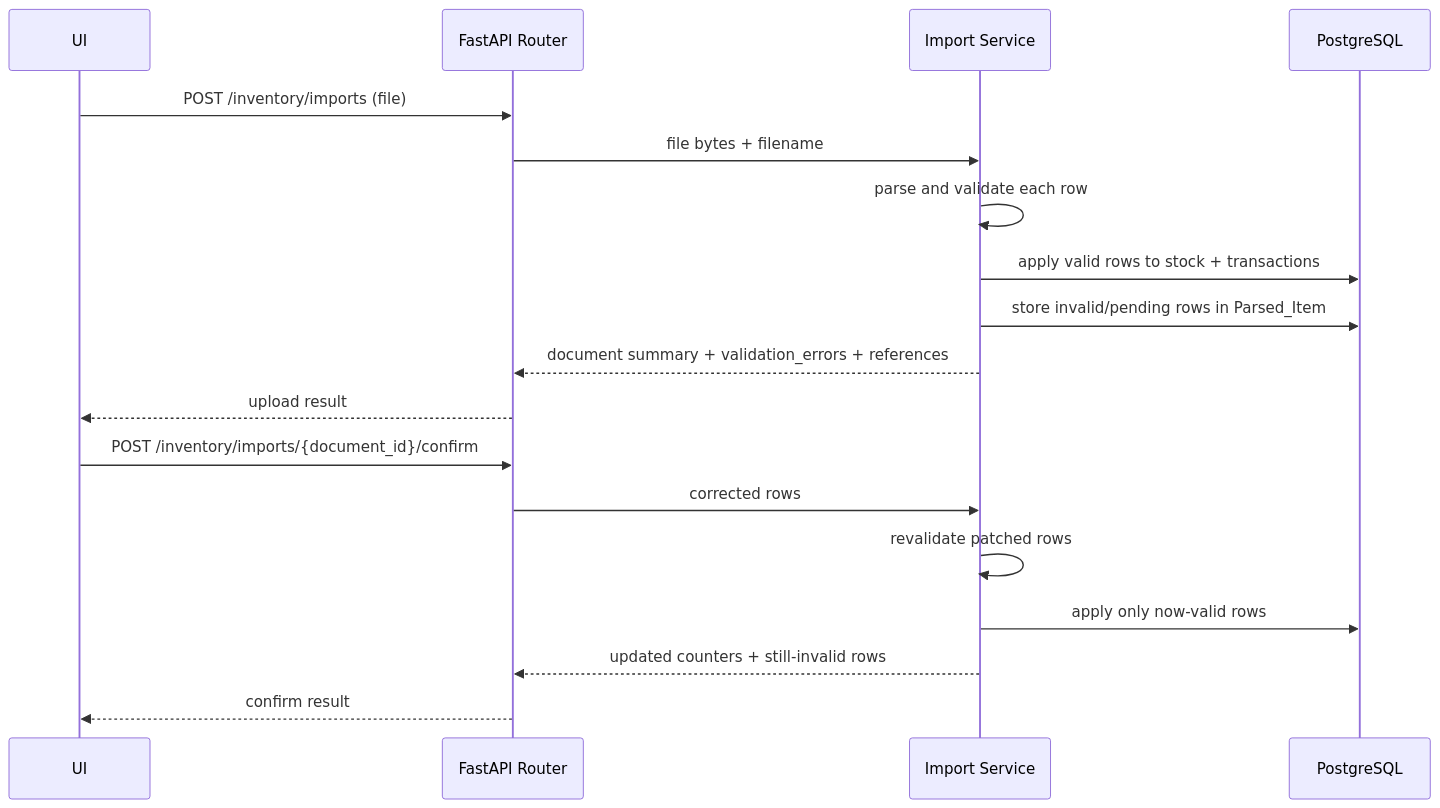
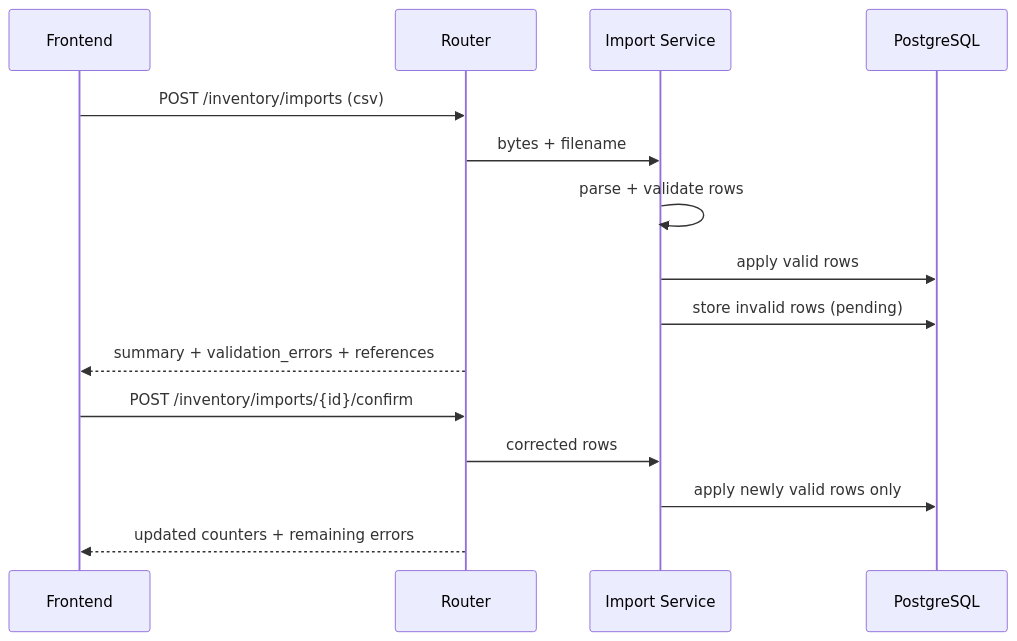
Before and after one commit to Asoatram/TeknologiGlobalAssesment: the fifth of 5 diagrams in README.md, drawn with Mermaid. The commit also changed other lines of this file, not shown here.

Commit message:
docs: simplify README with diagram-first architecture

````diff
--- a/README.md
+++ b/README.md
@@ -124,22 +124,19 @@
 ```mermaid
 sequenceDiagram
-    participant U as UI
-    participant API as FastAPI Router
-    participant SV as Import Service
+    participant FE as Frontend
+    participant API as Router
+    participant S as Import Service
     participant DB as PostgreSQL
 
-    U->>API: POST /inventory/imports (file)
-    API->>SV: file bytes + filename
-    SV->>SV: parse and validate each row
-    SV->>DB: apply valid rows to stock + transactions
-    SV->>DB: store invalid/pending rows in Parsed_Item
-    SV-->>API: document summary + validation_errors + references
-    API-->>U: upload result
+    FE->>API: POST /inventory/imports (csv)
+    API->>S: bytes + filename
+    S->>S: parse + validate rows
+    S->>DB: apply valid rows
+    S->>DB: store invalid rows (pending)
+    API-->>FE: summary + validation_errors + references
 
-    U->>API: POST /inventory/imports/{document_id}/confirm
-    API->>SV: corrected rows
-    SV->>SV: revalidate patched rows
-    SV->>DB: apply only now-valid rows
-    SV-->>API: updated counters + still-invalid rows
-    API-->>U: confirm result
+    FE->>API: POST /inventory/imports/{id}/confirm
+    API->>S: corrected rows
+    S->>DB: apply newly valid rows only
+    API-->>FE: updated counters + remaining errors
 ```
````
